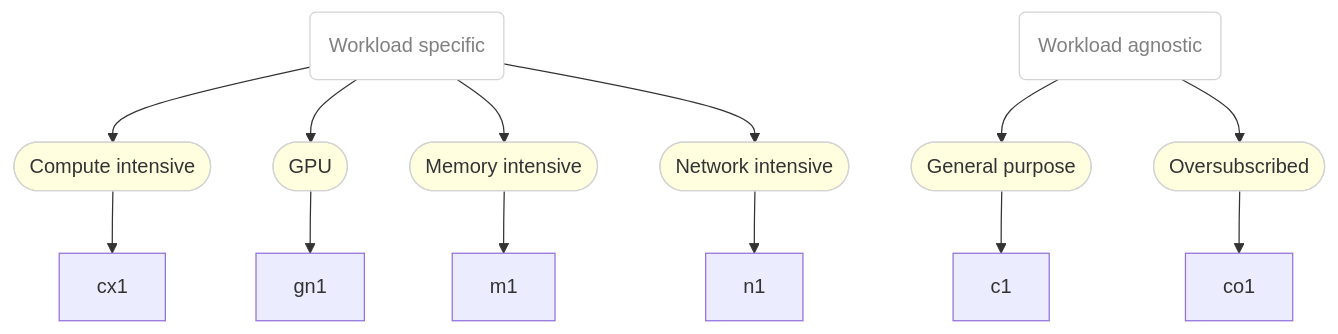
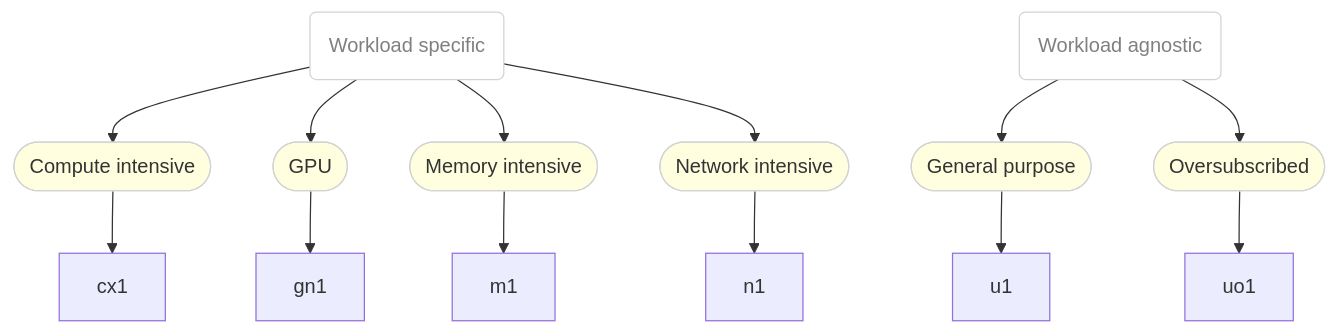
Before and after one commit to fabiand/instanceTypes: the diagram in README.md, drawn with Mermaid. The commit also changed other lines of this file and 7 other files, not shown here.

````diff
--- a/README.md
+++ b/README.md
@@ -30,31 +30,31 @@
 ```mermaid
 graph TD
 
 classDef grp fill:white,stroke:lightgray,color:gray
 classDef series fill:lightyellow,stroke:lightgray
 classDef instancetype fill:
 
 wrkld(Workload specific)
 nwrkld(Workload agnostic)
 class wrkld grp
-
-nwrkld:::grp --> Generalpurpose:::series
-Generalpurpose([General purpose]):::series --> c1:::instancetype
-
-nwrkld:::grp --> Oversubscribed:::series
-Oversubscribed([Oversubscribed]):::series --> co1:::instancetype
 
 wrkld:::grp --> Computeintensive:::series
 Computeintensive([Compute intensive]):::series --> cx1:::instancetype
 
 wrkld:::grp --> GPU:::series
 GPU([GPU]):::series --> gn1:::instancetype
 
 wrkld:::grp --> Memoryintensive:::series
 Memoryintensive([Memory intensive]):::series --> m1:::instancetype
 
 wrkld:::grp --> Networkintensive:::series
 Networkintensive([Network intensive]):::series --> n1:::instancetype
 
+nwrkld:::grp --> Generalpurpose:::series
+Generalpurpose([General purpose]):::series --> u1:::instancetype
+
+nwrkld:::grp --> Oversubscribed:::series
+Oversubscribed([Oversubscribed]):::series --> uo1:::instancetype
+
 
 ```
````
